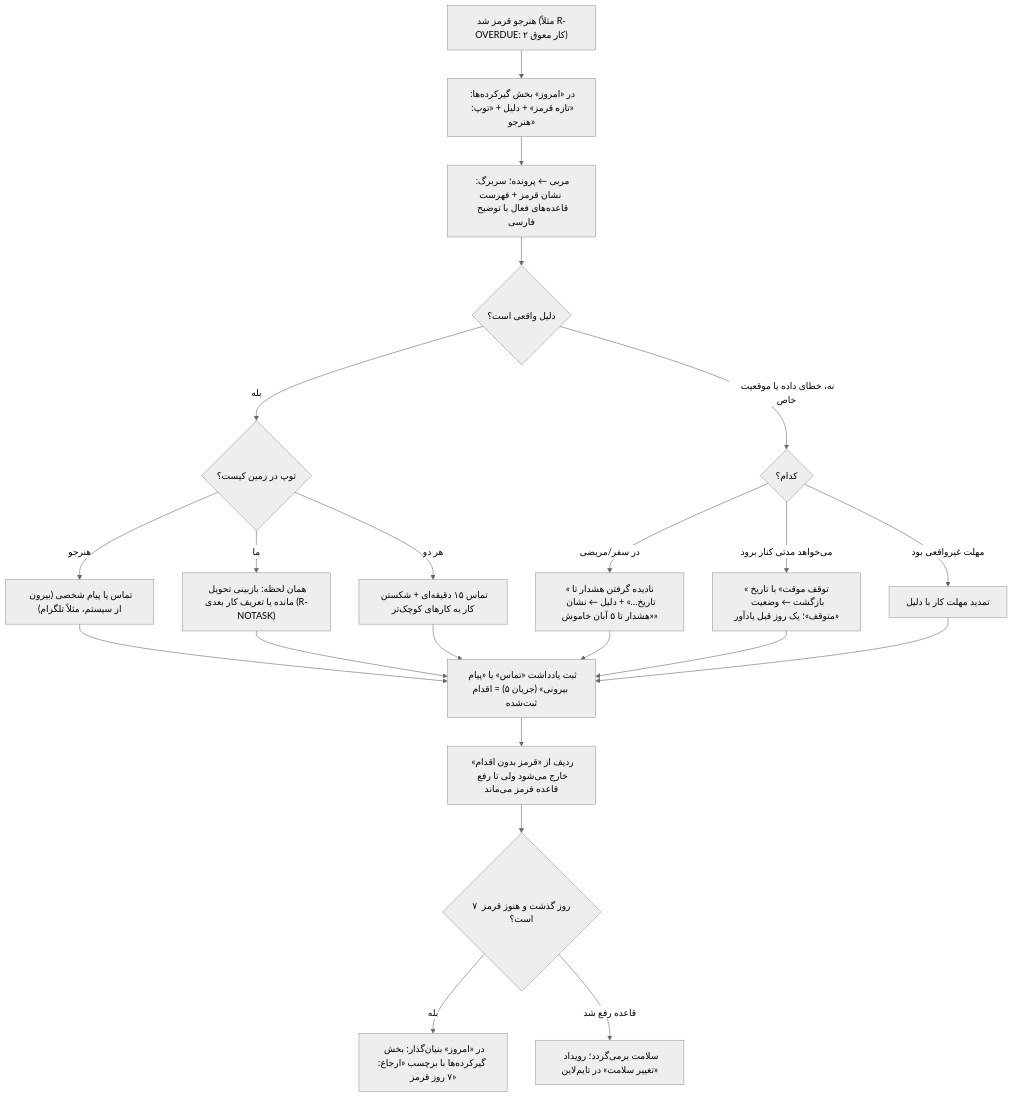
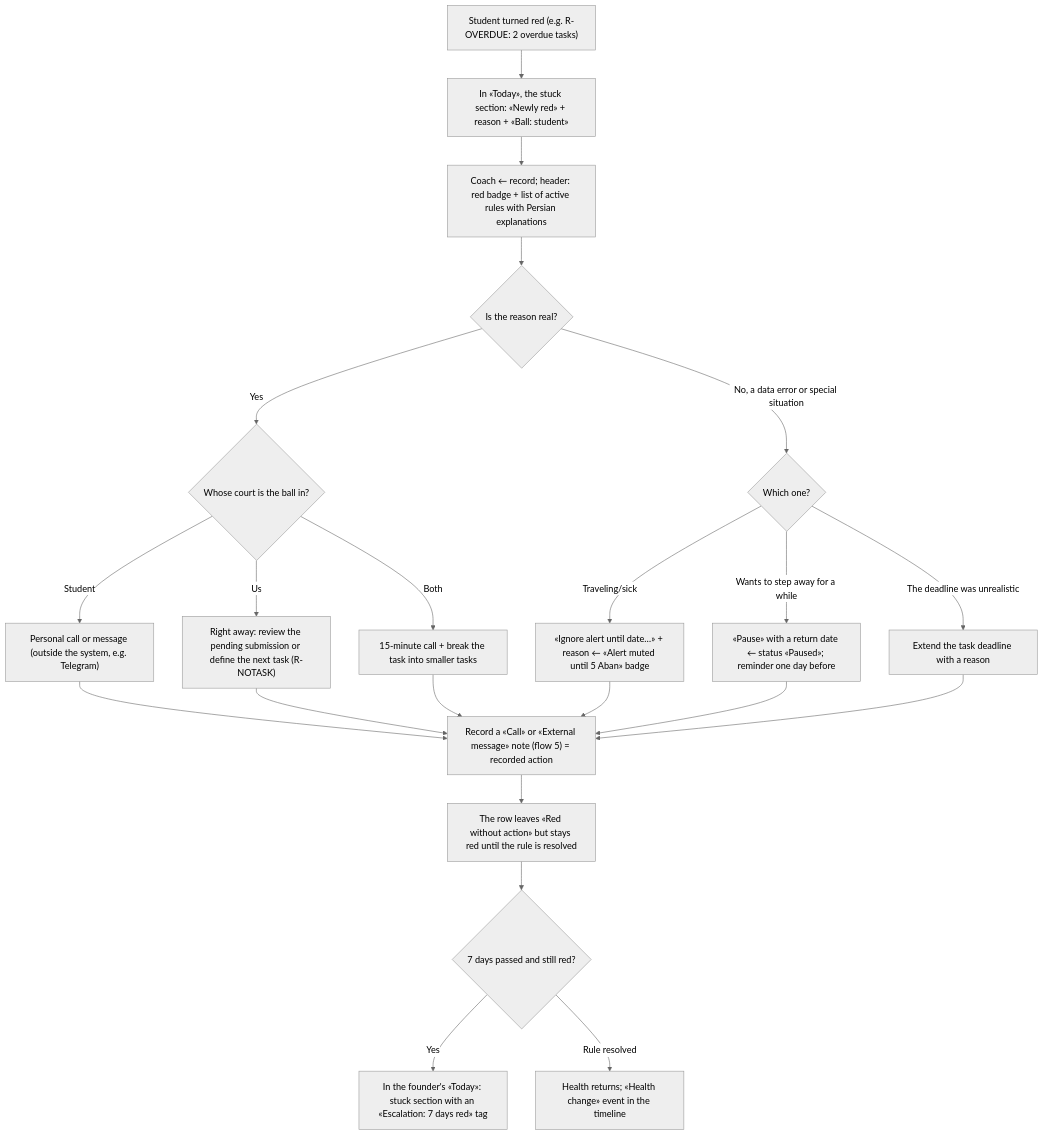
The seventh of 9 diagrams in docs/03-ux/user-flows.md (simorghsorkh/upworkcoach), drawn with Mermaid (neutral theme) before and after one commit. The commit also changed other lines of this file and 360 other files, not shown here.

````diff
--- a/docs/03-ux/user-flows.md
+++ b/docs/03-ux/user-flows.md
@@ -215,24 +215,24 @@
 ```mermaid
 flowchart TD
-    A["هنرجو قرمز شد (مثلاً R-OVERDUE: ۲ کار معوق)"] --> B["در «امروز» بخش گیرکرده‌ها: «تازه قرمز» + دلیل + «توپ: هنرجو»"]
-    B --> C["مربی ← پرونده؛ سربرگ: نشان قرمز + فهرست قاعده‌های فعال با توضیح فارسی"]
-    C --> D{"دلیل واقعی است؟"}
-    D -->|نه، خطای داده یا موقعیت خاص| D1{"کدام؟"}
-    D1 -->|در سفر/مریضی| D2["«نادیده گرفتن هشدار تا تاریخ…» + دلیل ← نشان «هشدار تا ۵ آبان خاموش»"]
-    D1 -->|می‌خواهد مدتی کنار برود| D3["«توقف موقت» با تاریخ بازگشت ← وضعیت «متوقف»؛ یک روز قبل یادآور"]
-    D1 -->|مهلت غیرواقعی بود| D4["تمدید مهلت کار با دلیل"]
-    D -->|بله| E{"توپ در زمین کیست؟"}
-    E -->|هنرجو| F["تماس یا پیام شخصی (بیرون از سیستم، مثلاً تلگرام)"]
-    E -->|ما| G["همان لحظه: بازبینی تحویل مانده یا تعریف کار بعدی (R-NOTASK)"]
-    E -->|هر دو| H["تماس ۱۵ دقیقه‌ای + شکستن کار به کارهای کوچک‌تر"]
-    F --> I["ثبت یادداشت «تماس» یا «پیام بیرونی» (جریان ۵) = اقدام ثبت‌شده"]
+    A["Student turned red (e.g. R-OVERDUE: 2 overdue tasks)"] --> B["In «Today», the stuck section: «Newly red» + reason + «Ball: student»"]
+    B --> C["Coach ← record; header: red badge + list of active rules with Persian explanations"]
+    C --> D{"Is the reason real?"}
+    D -->|No, a data error or special situation| D1{"Which one?"}
+    D1 -->|Traveling/sick| D2["«Ignore alert until date…» + reason ← «Alert muted until 5 Aban» badge"]
+    D1 -->|Wants to step away for a while| D3["«Pause» with a return date ← status «Paused»; reminder one day before"]
+    D1 -->|The deadline was unrealistic| D4["Extend the task deadline with a reason"]
+    D -->|Yes| E{"Whose court is the ball in?"}
+    E -->|Student| F["Personal call or message (outside the system, e.g. Telegram)"]
+    E -->|Us| G["Right away: review the pending submission or define the next task (R-NOTASK)"]
+    E -->|Both| H["15-minute call + break the task into smaller tasks"]
+    F --> I["Record a «Call» or «External message» note (flow 5) = recorded action"]
     G --> I
     H --> I
     D2 --> I
     D3 --> I
     D4 --> I
-    I --> J["ردیف از «قرمز بدون اقدام» خارج می‌شود ولی تا رفع قاعده قرمز می‌ماند"]
-    J --> K{"۷ روز گذشت و هنوز قرمز است؟"}
-    K -->|بله| K1["در «امروز» بنیان‌گذار: بخش گیرکرده‌ها با برچسب «ارجاع: ۷ روز قرمز»"]
-    K -->|قاعده رفع شد| L["سلامت برمی‌گردد؛ رویداد «تغییر سلامت» در تایم‌لاین"]
+    I --> J["The row leaves «Red without action» but stays red until the rule is resolved"]
+    J --> K{"7 days passed and still red?"}
+    K -->|Yes| K1["In the founder's «Today»: stuck section with an «Escalation: 7 days red» tag"]
+    K -->|Rule resolved| L["Health returns; «Health change» event in the timeline"]
 ```
````
